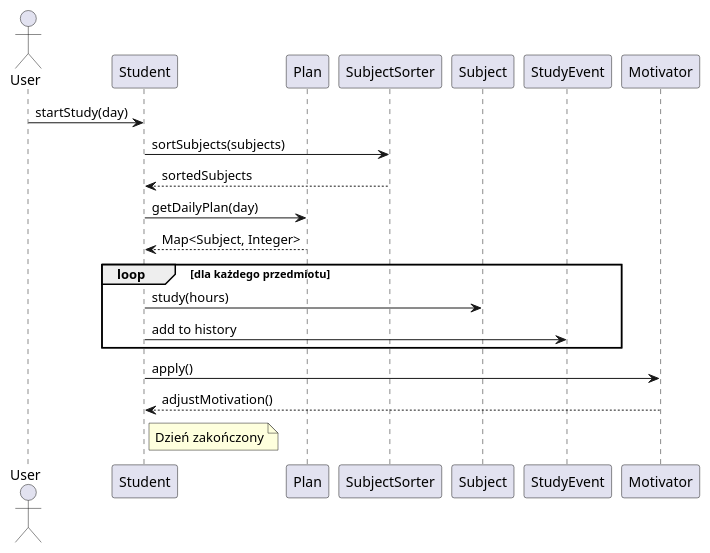
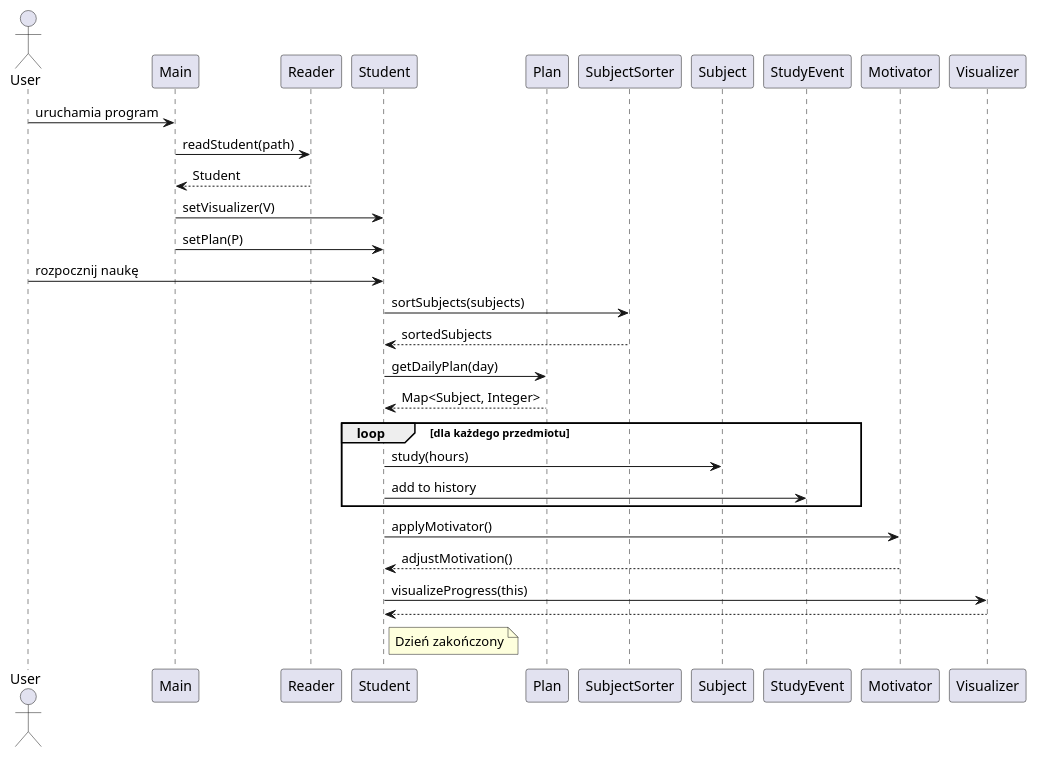
Before and after one commit to Krzyzak321/Symulator_Sesji: the diagram in uml/Diagram sekwencji.puml, drawn with PlantUML. The commit also changed 4 other files, not shown here.

Commit message:
zmienione diagramy

```diff
--- a/uml/Diagram sekwencji.puml
+++ b/uml/Diagram sekwencji.puml
@@ -1,29 +1,42 @@
 @startuml
 actor User
+participant "Main" as Main
+participant "Reader" as R
 participant "Student" as S
 participant "Plan" as P
 participant "SubjectSorter" as SS
 participant "Subject" as Subj
 participant "StudyEvent" as SE
 participant "Motivator" as M
+participant "Visualizer" as V
 
-User -> S : startStudy(day)
+User -> Main : uruchamia program
+
+Main -> R : readStudent(path)
+R --> Main : Student
+Main -> S : setVisualizer(V)
+Main -> S : setPlan(P)
+
+User -> S : rozpocznij naukę
 
 S -> SS : sortSubjects(subjects)
 SS --> S : sortedSubjects
 
 S -> P : getDailyPlan(day)
 P --> S : Map<Subject, Integer>
 
 loop dla każdego przedmiotu
     S -> Subj : study(hours)
     S -> SE : add to history
 end
 
-S -> M : apply()
+S -> M : applyMotivator()
 M --> S : adjustMotivation()
+
+S -> V : visualizeProgress(this)
+V --> S
 
 note right of S
 Dzień zakończony
 end note
 @enduml
```
